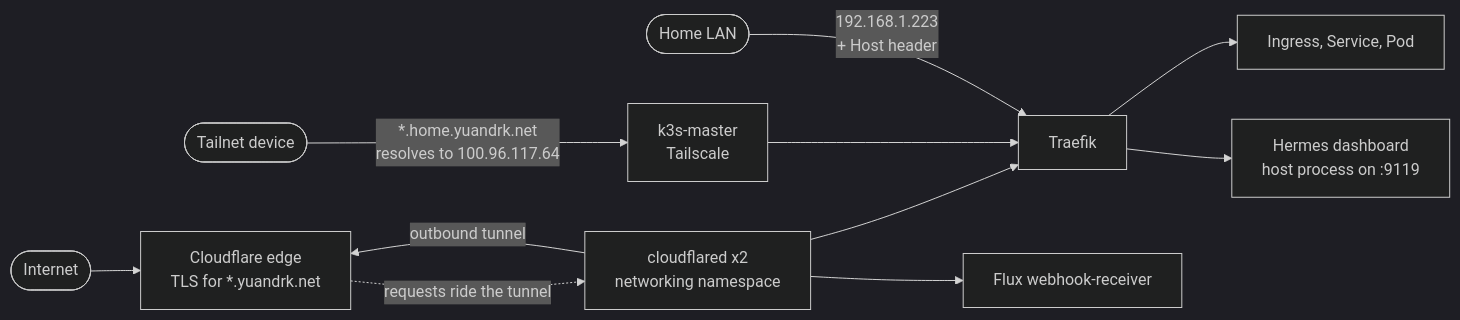
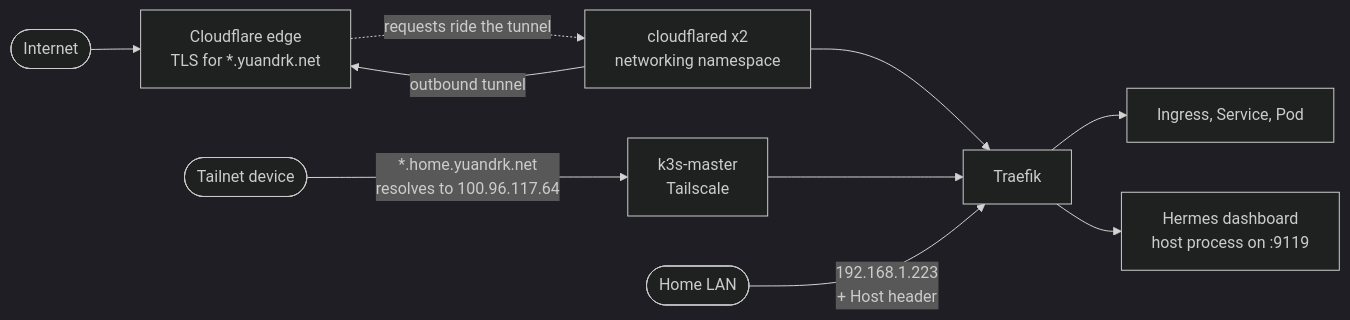
Before and after one commit to yuandrk/homelabops: the first of 3 diagrams in docs/architecture.md, drawn with Mermaid (dark theme). The commit also changed other lines of this file and 19 other files, not shown here.

````diff
--- a/docs/architecture.md
+++ b/docs/architecture.md
@@ -54,13 +54,12 @@
 ```mermaid
 flowchart LR
     internet(["Internet"]) --> edge["Cloudflare edge<br/>TLS for *.yuandrk.net"]
     cloudflared["cloudflared x2<br/>networking namespace"] -->|"outbound tunnel"| edge
     edge -.->|"requests ride the tunnel"| cloudflared
     cloudflared --> traefik["Traefik"]
-    cloudflared --> webhook["Flux webhook-receiver"]
     tailnet(["Tailnet device"]) -->|"*.home.yuandrk.net<br/>resolves to 100.96.117.64"| master["k3s-master<br/>Tailscale"]
     master --> traefik
     lan(["Home LAN"]) -->|"192.168.1.223<br/>+ Host header"| traefik
     traefik --> apps["Ingress, Service, Pod"]
     traefik --> hermes["Hermes dashboard<br/>host process on :9119"]
 ```
````
